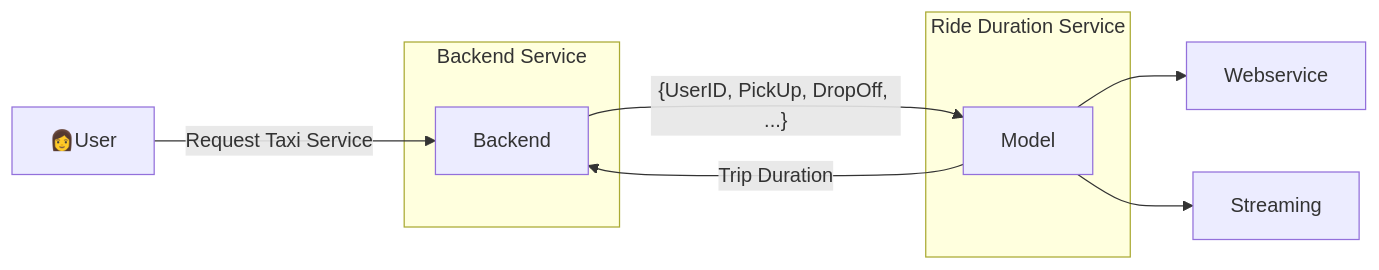
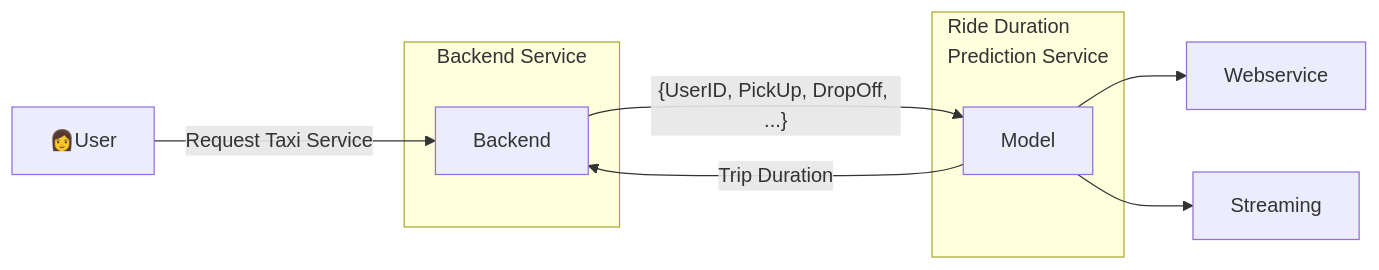
Before and after one commit to mossdet/mlops-dlp: the second of 5 diagrams in week04/README.md, drawn with Mermaid. The commit also changed other lines of this file, not shown here.

````diff
--- a/week04/README.md
+++ b/week04/README.md
@@ -28,19 +28,19 @@
 ```mermaid
 graph LR
     classDef sub opacity:0
     classDef note fill:#ffd, stroke:#ccb
 
     User[👩User]--> |Request Taxi Service| Backend[Backend]
     Backend--> |"{UserID, PickUp, DropOff, ...}"| Model["Model"]
     Model--> |"Trip Duration"| Backend
     Model--> WebService[Webservice]
     Model--> Streaming[Streaming]
 
     subgraph subBackendService ["Backend Service "]
         Backend
     end
 
-    subgraph subRideDurationService ["Ride Duration Service"]
+    subgraph subRideDurationService ["Ride Duration <br/> Prediction Service"]
         Model
     end
 ```
````
